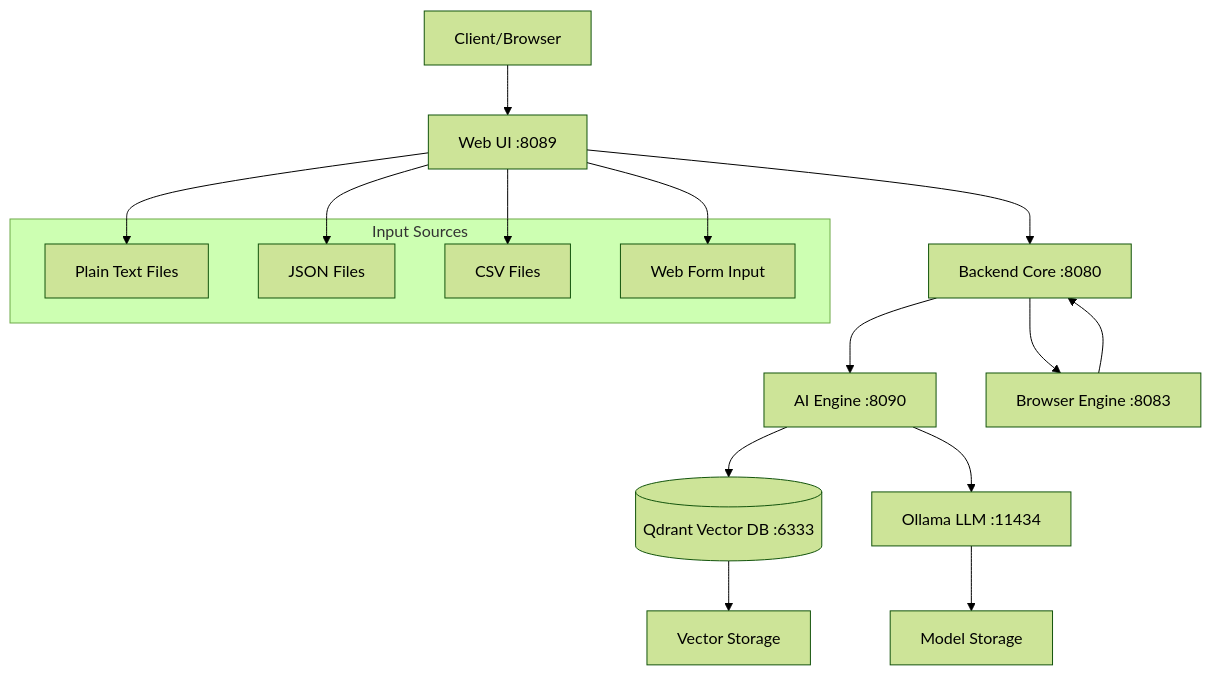
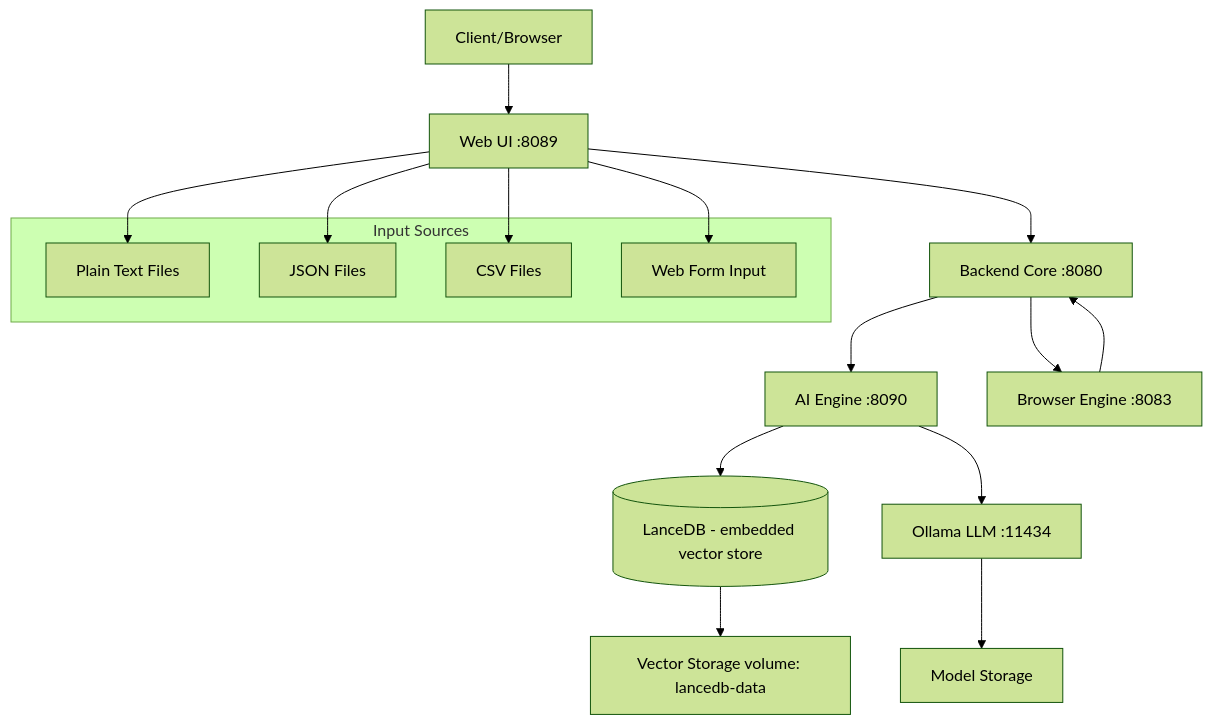
One commit to berdyh/tab-organizer changed the first of 6 diagrams in docs/ARCHITECTURE.md. Above: the diagram before and after it, drawn with Mermaid (forest theme). The commit also changed other lines of this file and 9 other files, not shown here.

First line of the commit message:
docs/scripts: align cleanup with LanceDB-embedded AI Engine

````diff
--- a/docs/ARCHITECTURE.md
+++ b/docs/ARCHITECTURE.md
@@ -28,28 +28,28 @@
 ```mermaid
 graph TB
     Client[Client/Browser] --> UI[Web UI :8089]
     
     UI --> Backend[Backend Core :8080]
     
     Backend --> AI[AI Engine :8090]
     Backend --> Browser[Browser Engine :8083]
     
-    AI --> Qdrant[(Qdrant Vector DB :6333)]
+    AI --> LanceDB[(LanceDB - embedded vector store)]
     AI --> Ollama[Ollama LLM :11434]
     Browser --> Backend
     
-    Qdrant --> Storage1[Vector Storage]
+    LanceDB --> Storage1[Vector Storage volume: lancedb-data]
     Ollama --> Storage2[Model Storage]
     
     subgraph "Input Sources"
         TextFile[Plain Text Files]
         JSONFile[JSON Files]
         CSVFile[CSV Files]
         WebForm[Web Form Input]
     end
     
     UI --> TextFile
     UI --> JSONFile
     UI --> CSVFile
     UI --> WebForm
 ```
````
